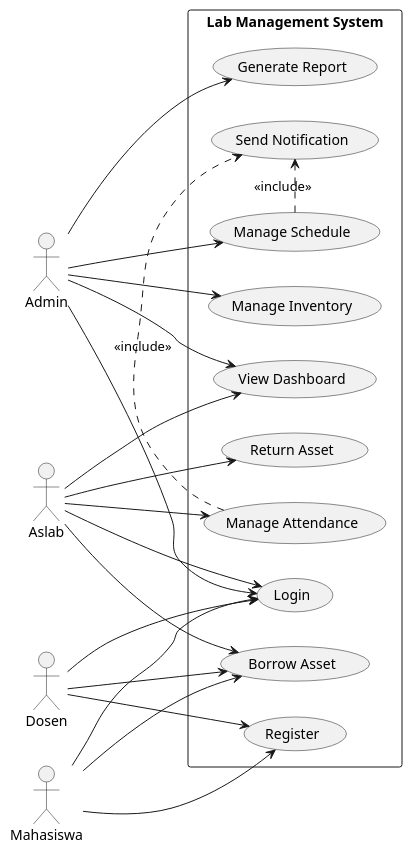
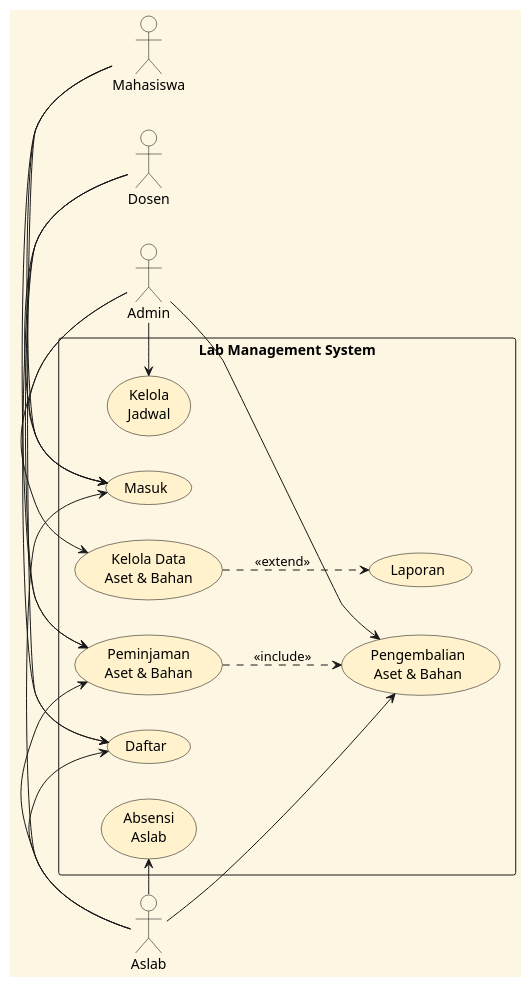
Before and after one commit to zalzdarkent/absensi_aslab_react: the diagram in docs/diagrams/usecase_sederhana.puml, drawn with PlantUML. The commit also changed other lines of this file and 26 other files, not shown here.

First line of the commit message:
Refactor sequence and activity diagrams for asset management, attendance, and registration processes

```diff
--- a/docs/diagrams/usecase_sederhana.puml
+++ b/docs/diagrams/usecase_sederhana.puml
@@ -1,52 +3,53 @@
 @startuml
 left to right direction
 skinparam packageStyle rectangle
+skinparam backgroundColor #FDF6E3
+skinparam usecaseBorderColor Black
+skinparam usecaseBackgroundColor #FFF2CC
+skinparam actorBorderColor Black
+skinparam actorBackgroundColor #FDF6E3
 
 actor Admin
 actor Aslab
+
+rectangle "Lab Management System" {
+  usecase UC_Login as "Masuk"
+  usecase UC_Register as "Daftar"
+  usecase UC_Inventory as "Kelola Data\nAset & Bahan"
+  usecase UC_Attendance as "Absensi\nAslab"
+  usecase UC_Borrow as "Peminjaman\nAset & Bahan"
+  usecase UC_Return as "Pengembalian\nAset & Bahan"
+  usecase UC_Schedule as "Kelola\nJadwal"
+  usecase UC_Report as "Laporan"
+}
+
 actor Mahasiswa
 actor Dosen
 
-rectangle "Lab Management System" {
 
-  usecase UC_Login as "Login"
-  usecase UC_Register as "Register"
 
-  usecase UC_Dashboard as "View Dashboard"
-  usecase UC_Attendance as "Manage Attendance"
-  usecase UC_Inventory as "Manage Inventory"
-  usecase UC_Borrow as "Borrow Asset"
-  usecase UC_Return as "Return Asset"
-  usecase UC_Report as "Generate Report"
-  usecase UC_Schedule as "Manage Schedule"
-  usecase UC_Notification as "Send Notification"
-}
+Admin -right-> UC_Login
+Admin -right-> UC_Inventory
+Admin -right-> UC_Schedule
+Admin -right-> UC_Return
 
-' ===== Admin =====
-Admin --> UC_Login
-Admin --> UC_Dashboard
-Admin --> UC_Inventory
-Admin --> UC_Report
-Admin --> UC_Schedule
+Aslab -right-> UC_Login
+Aslab -right-> UC_Attendance
+Aslab -right-> UC_Borrow
+Aslab -right-> UC_Return
+Aslab -right-> UC_Register
 
-' ===== Aslab =====
-Aslab --> UC_Login
-Aslab --> UC_Dashboard
-Aslab --> UC_Attendance
-Aslab --> UC_Borrow
-Aslab --> UC_Return
+Mahasiswa -left-> UC_Register
+Mahasiswa -left-> UC_Login
+Mahasiswa -left-> UC_Borrow
 
-' ===== Mahasiswa =====
-Mahasiswa --> UC_Register
-Mahasiswa --> UC_Login
-Mahasiswa --> UC_Borrow
+Dosen -left-> UC_Register
+Dosen -left-> UC_Login
+Dosen -left-> UC_Borrow
 
-' ===== Dosen =====
-Dosen --> UC_Register
-Dosen --> UC_Login
-Dosen --> UC_Borrow
 
-UC_Attendance .> UC_Notification : <<include>>
-UC_Schedule .> UC_Notification : <<include>>
+' Contoh include dan extend
+UC_Borrow ..> UC_Return : <<include>>
+UC_Inventory ..> UC_Report : <<extend>>
 
 @enduml
```
